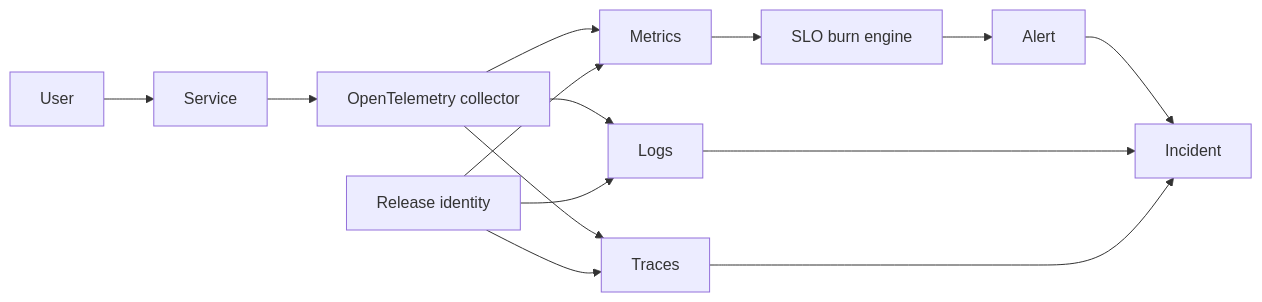
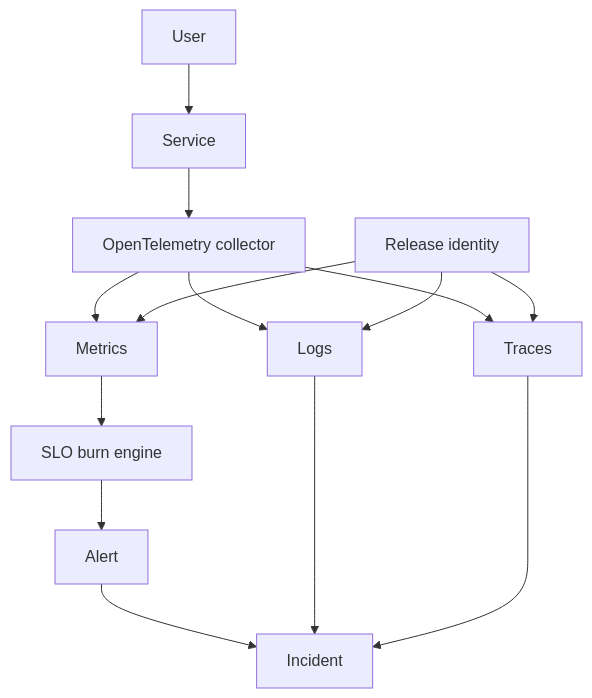
One commit to jeevanm84/observability-sre-engineering-lab changed the diagram in README.md. Above: the diagram before and after it, drawn with Mermaid. The commit also changed other lines of this file, not shown here.

Commit message:
Improve architecture diagram readability (#3)

````diff
--- a/README.md
+++ b/README.md
@@ -13,13 +13,13 @@
 ```mermaid
-flowchart LR
+flowchart TB
   User --> Service --> Collector[OpenTelemetry collector]
   Collector --> Metrics
   Collector --> Logs
   Collector --> Traces
   Metrics --> SLO[SLO burn engine] --> Alert --> Incident
   Logs --> Incident
   Traces --> Incident
   Release[Release identity] --> Metrics
   Release --> Logs
   Release --> Traces
 ```
````
